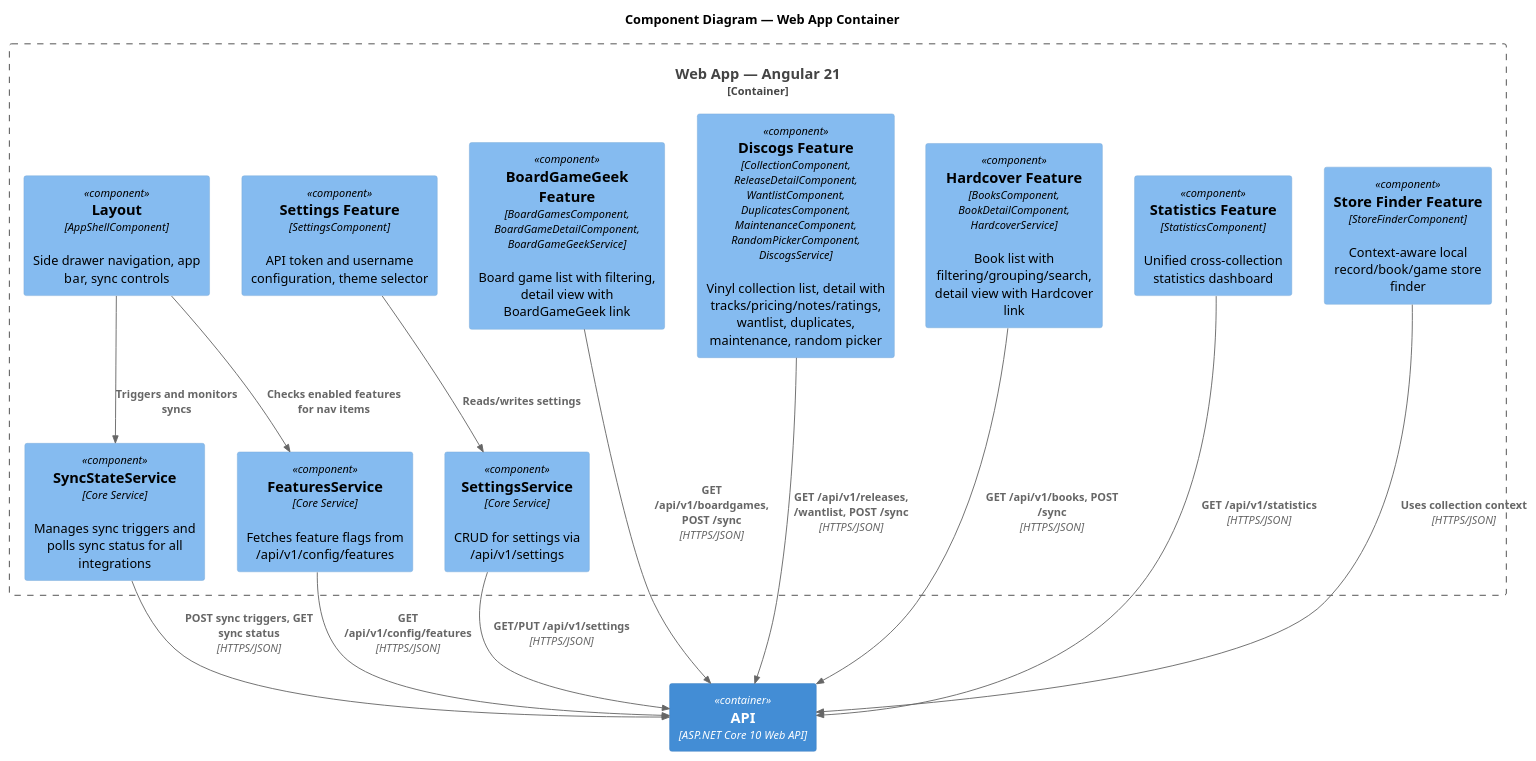
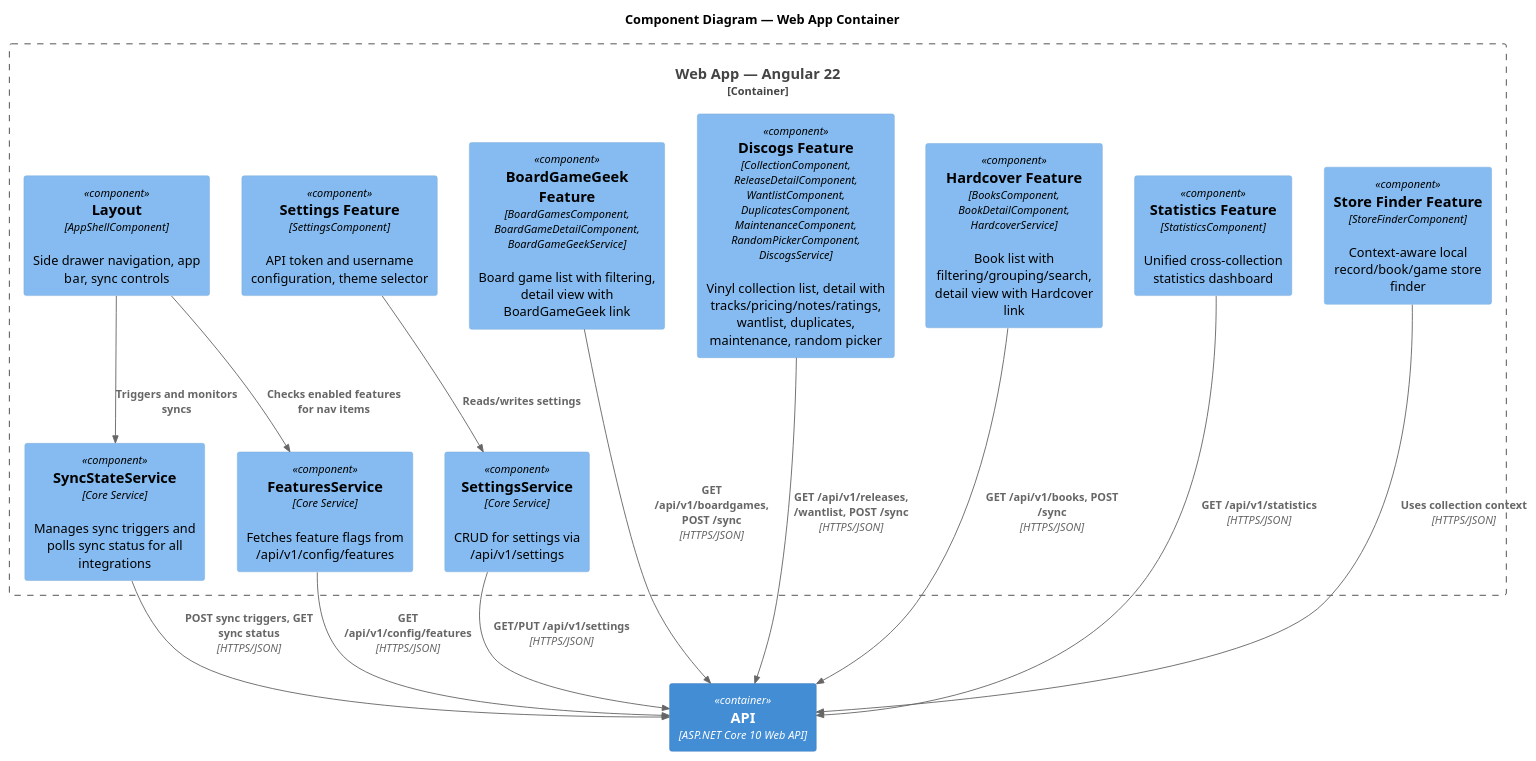
One commit to ronlease/All-By-Myshelf changed the diagram in docs/c4/component-web.puml. Above: the diagram before and after it, drawn with PlantUML. The commit also changed 27 other files, not shown here.

```diff
--- a/docs/c4/component-web.puml
+++ b/docs/c4/component-web.puml
@@ -1,37 +1,37 @@
 @startuml
 !include https://raw.githubusercontent.com/plantuml-stdlib/C4-PlantUML/master/C4_Component.puml
 
 title Component Diagram — Web App Container
 
-Container_Boundary(web, "Web App — Angular 21") {
+Container_Boundary(web, "Web App — Angular 22") {
     Component(layout, "Layout", "AppShellComponent", "Side drawer navigation, app bar, sync controls")
 
     Component(boardGameGeek, "BoardGameGeek Feature", "BoardGamesComponent, BoardGameDetailComponent, BoardGameGeekService", "Board game list with filtering, detail view with BoardGameGeek link")
     Component(discogs, "Discogs Feature", "CollectionComponent, ReleaseDetailComponent, WantlistComponent, DuplicatesComponent, MaintenanceComponent, RandomPickerComponent, DiscogsService", "Vinyl collection list, detail with tracks/pricing/notes/ratings, wantlist, duplicates, maintenance, random picker")
     Component(hardcover, "Hardcover Feature", "BooksComponent, BookDetailComponent, HardcoverService", "Book list with filtering/grouping/search, detail view with Hardcover link")
     Component(settingsFeature, "Settings Feature", "SettingsComponent", "API token and username configuration, theme selector")
     Component(statisticsFeature, "Statistics Feature", "StatisticsComponent", "Unified cross-collection statistics dashboard")
     Component(storeFinder, "Store Finder Feature", "StoreFinderComponent", "Context-aware local record/book/game store finder")
 
     Component(syncService, "SyncStateService", "Core Service", "Manages sync triggers and polls sync status for all integrations")
     Component(featuresService, "FeaturesService", "Core Service", "Fetches feature flags from /api/v1/config/features")
     Component(settingsService, "SettingsService", "Core Service", "CRUD for settings via /api/v1/settings")
 }
 
 Container(api, "API", "ASP.NET Core 10 Web API")
 
 Rel(layout, featuresService, "Checks enabled features for nav items")
 Rel(layout, syncService, "Triggers and monitors syncs")
 
 Rel(boardGameGeek, api, "GET /api/v1/boardgames, POST /sync", "HTTPS/JSON")
 Rel(discogs, api, "GET /api/v1/releases, /wantlist, POST /sync", "HTTPS/JSON")
 Rel(hardcover, api, "GET /api/v1/books, POST /sync", "HTTPS/JSON")
 Rel(settingsFeature, settingsService, "Reads/writes settings")
 Rel(statisticsFeature, api, "GET /api/v1/statistics", "HTTPS/JSON")
 Rel(storeFinder, api, "Uses collection context", "HTTPS/JSON")
 
 Rel(syncService, api, "POST sync triggers, GET sync status", "HTTPS/JSON")
 Rel(featuresService, api, "GET /api/v1/config/features", "HTTPS/JSON")
 Rel(settingsService, api, "GET/PUT /api/v1/settings", "HTTPS/JSON")
 
 @enduml
```
